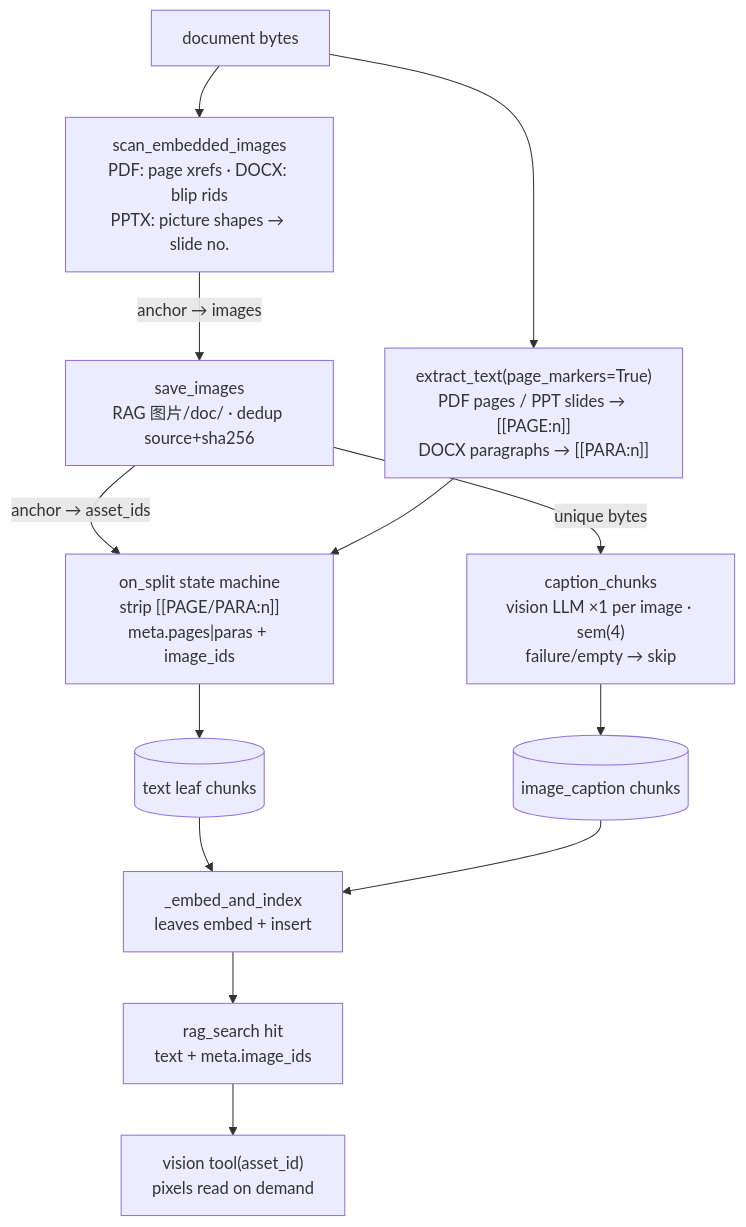
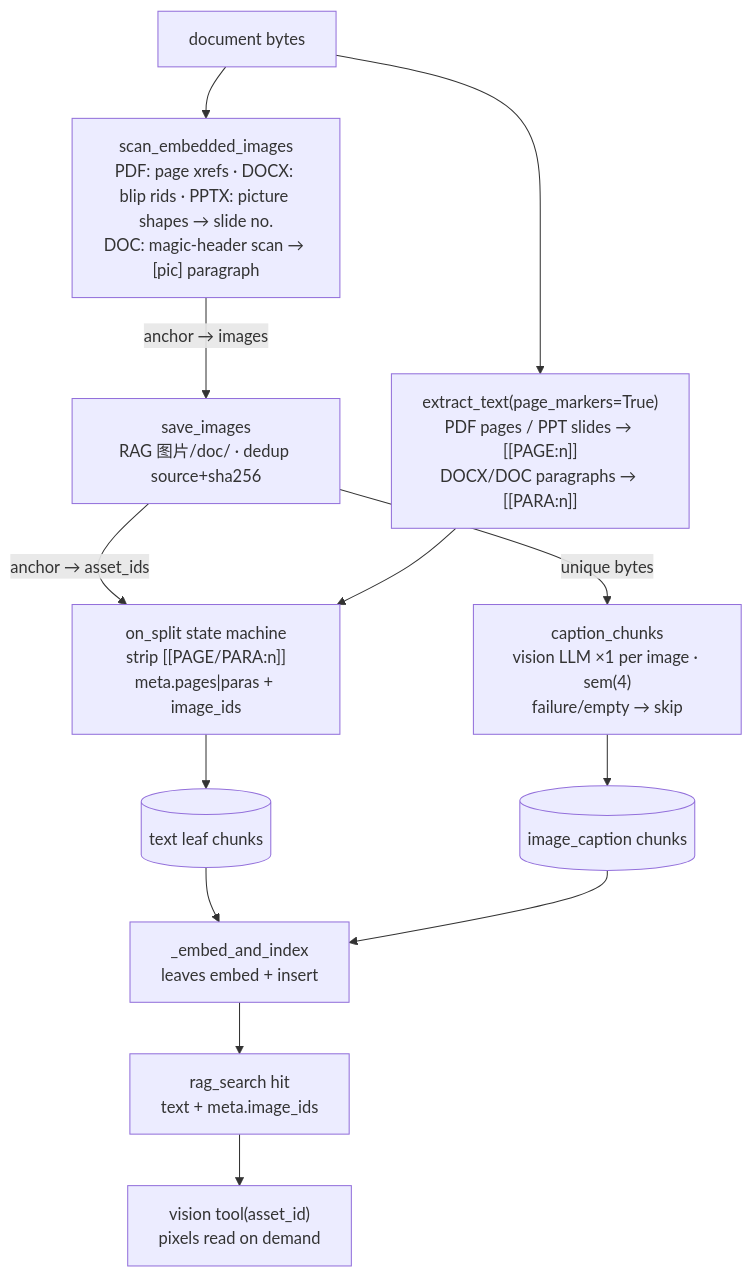
Before and after one commit to Eric-LLMs/DeepDive: the first of 2 diagrams in docs/architecture.md, drawn with Mermaid. The commit also changed other lines of this file and 11 other files, not shown here.

First line of the commit message:
feat(ingest): recover embedded images from legacy .doc for chat and RAG

````diff
--- a/docs/architecture.md
+++ b/docs/architecture.md
@@ -3192,15 +3197,15 @@
 ```mermaid
 flowchart TD
-    A[document bytes] --> S["scan_embedded_images<br/>PDF: page xrefs · DOCX: blip rids<br/>PPTX: picture shapes → slide no."]
+    A[document bytes] --> S["scan_embedded_images<br/>PDF: page xrefs · DOCX: blip rids · PPTX: picture shapes → slide no.<br/>DOC: magic-header scan → [pic] paragraph"]
     S -->|anchor → images| SV["save_images<br/>RAG 图片/doc/ · dedup source+sha256"]
     SV -->|anchor → asset_ids| SM["on_split state machine<br/>strip [[PAGE/PARA:n]]<br/>meta.pages|paras + image_ids"]
-    A --> EX["extract_text(page_markers=True)<br/>PDF pages / PPT slides → [[PAGE:n]]<br/>DOCX paragraphs → [[PARA:n]]"]
+    A --> EX["extract_text(page_markers=True)<br/>PDF pages / PPT slides → [[PAGE:n]]<br/>DOCX/DOC paragraphs → [[PARA:n]]"]
     EX --> SM
     SM --> CH[(text leaf chunks)]
     SV -->|unique bytes| CP["caption_chunks<br/>vision LLM ×1 per image · sem(4)<br/>failure/empty → skip"]
     CP --> CC[(image_caption chunks)]
     CH --> EMB[_embed_and_index<br/>leaves embed + insert]
     CC --> EMB
     EMB --> HIT["rag_search hit<br/>text + meta.image_ids"]
     HIT --> V["vision tool(asset_id)<br/>pixels read on demand"]
 ```
````
